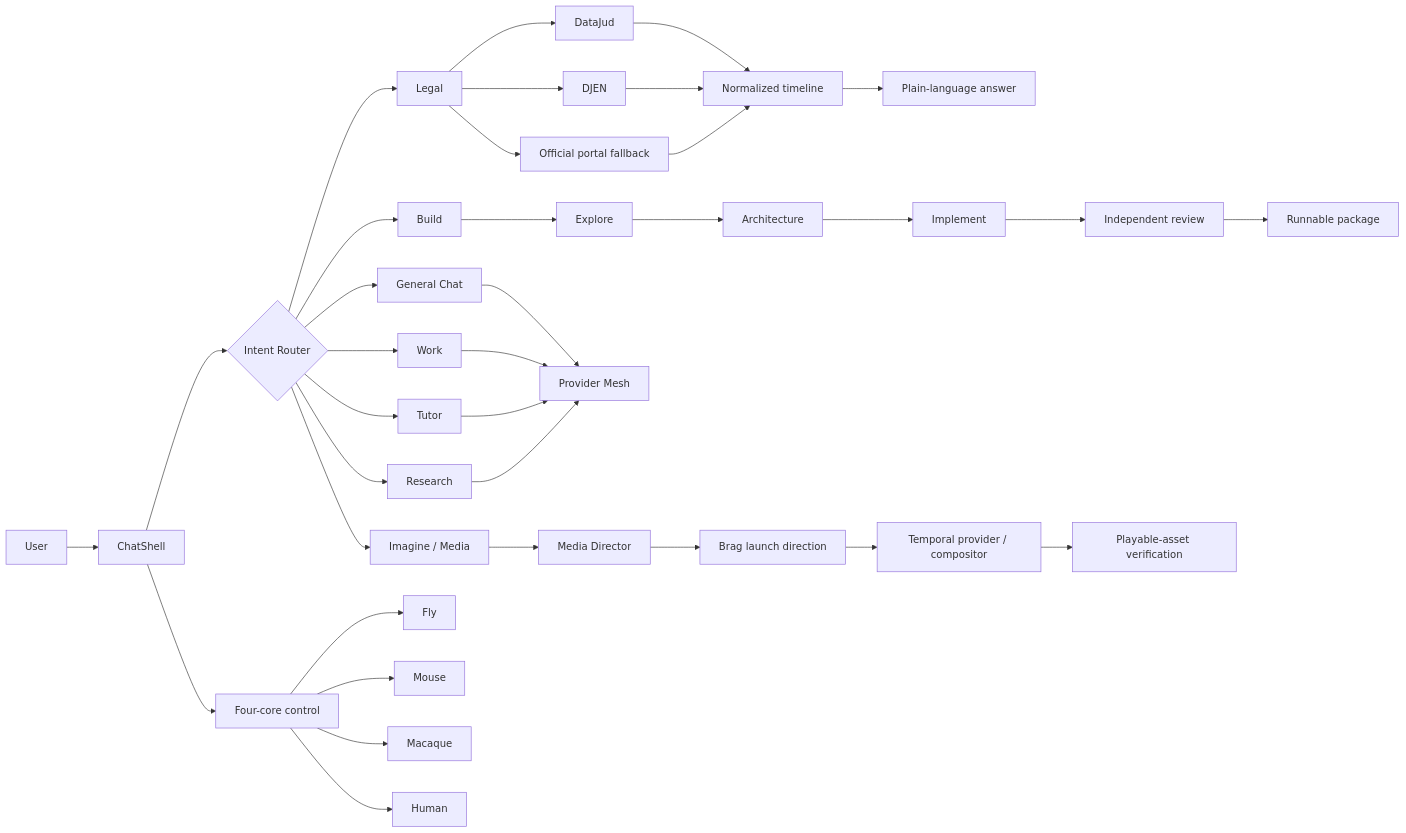
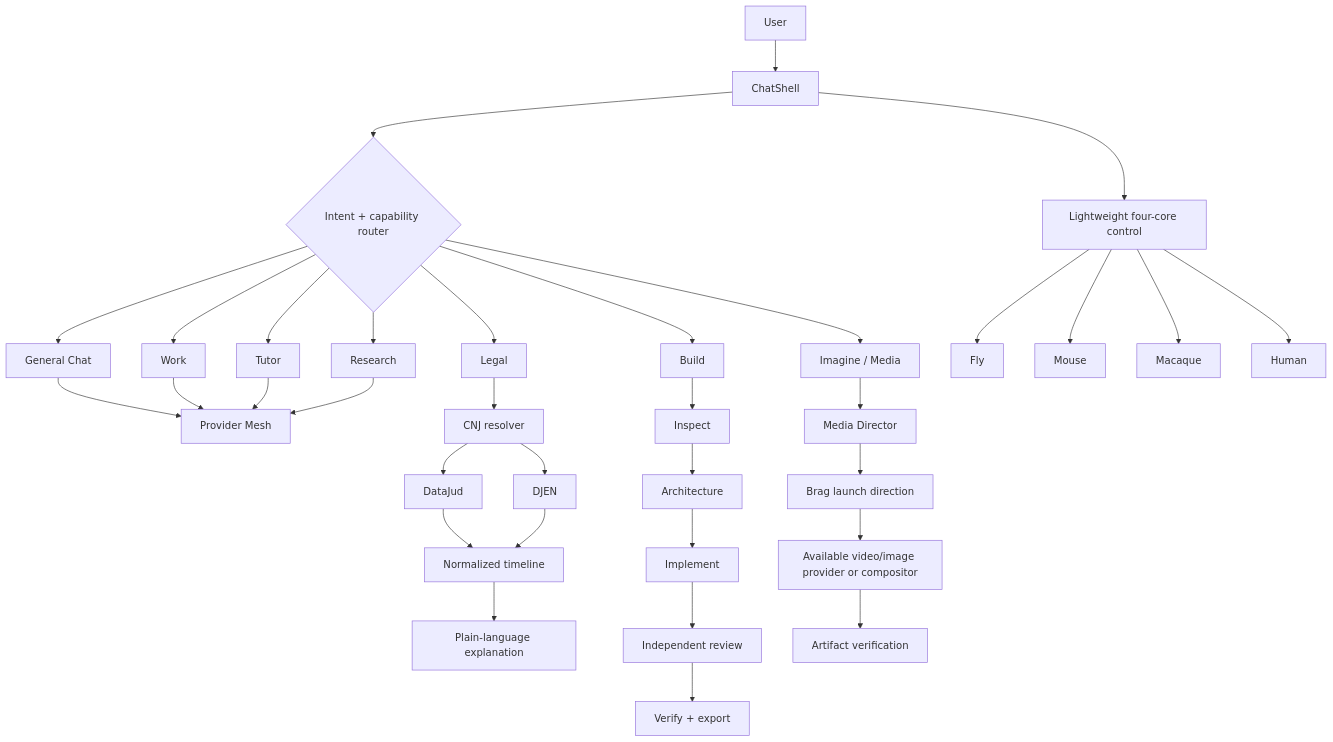
Before and after one commit to W2CAPITAL/PredictLm: the diagram in README.md, drawn with Mermaid. The commit also changed other lines of this file and 3 other files, not shown here.

````diff
--- a/README.md
+++ b/README.md
@@ -83,43 +72,42 @@
 ```mermaid
-flowchart LR
+flowchart TB
     U[User] --> C[ChatShell]
-    C --> R{Intent Router}
+    C --> R{Intent + capability router}
 
     R --> G[General Chat]
     R --> L[Legal]
     R --> B[Build]
     R --> W[Work]
     R --> T[Tutor]
     R --> Q[Research]
     R --> I[Imagine / Media]
 
-    L --> DJ[DataJud]
-    L --> DN[DJEN]
-    L --> OP[Official portal fallback]
-    DJ --> TL[Normalized timeline]
-    DN --> TL
-    OP --> TL
-    TL --> LA[Plain-language answer]
-
-    B --> EX[Explore]
-    EX --> AR[Architecture]
-    AR --> IM[Implement]
-    IM --> RV[Independent review]
-    RV --> PK[Runnable package]
-
     G --> PM[Provider Mesh]
     W --> PM
     T --> PM
     Q --> PM
 
-    C --> CC[Four-core control]
+    L --> CNJ[CNJ resolver]
+    CNJ --> DJ[DataJud]
+    CNJ --> DN[DJEN]
+    DJ --> TL[Normalized timeline]
+    DN --> TL
+    TL --> EX[Plain-language explanation]
+
+    B --> BX[Inspect]
+    BX --> BA[Architecture]
+    BA --> BI[Implement]
+    BI --> BR[Independent review]
+    BR --> BV[Verify + export]
+
+    C --> CC[Lightweight four-core control]
     CC --> F[Fly]
     CC --> M[Mouse]
     CC --> MK[Macaque]
     CC --> H[Human]
 
     I --> MD[Media Director]
-    MD --> BR[Brag launch direction]
-    BR --> VP[Temporal provider / compositor]
-    VP --> VQ[Playable-asset verification]
+    MD --> BG[Brag launch direction]
+    BG --> VP[Available video/image provider or compositor]
+    VP --> VQ[Artifact verification]
 ```
````
